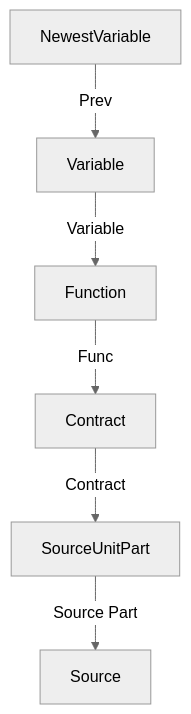
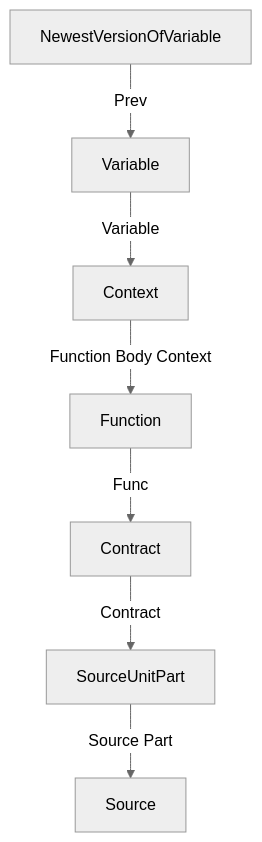
One commit to nascentxyz/pyrometer changed the second of 2 diagrams in ARCHITECTURE.md. Above: the diagram before and after it, drawn with Mermaid (neutral theme).

Commit message:
fix mermaid diagram

````diff
--- a/ARCHITECTURE.md
+++ b/ARCHITECTURE.md
@@ -18,4 +18,4 @@
 ```mermaid
 flowchart TD
-  NewestVariable -->|Prev|Variable -->|Variable|Function -->|Func| Contract-->|Contract| SourceUnitPart-->|Source Part| Source
+  NewestVersionOfVariable -->|Prev|Variable -->|Variable|Context -->|Function Body Context|Function -->|Func| Contract-->|Contract| SourceUnitPart-->|Source Part| Source
 ```
````
